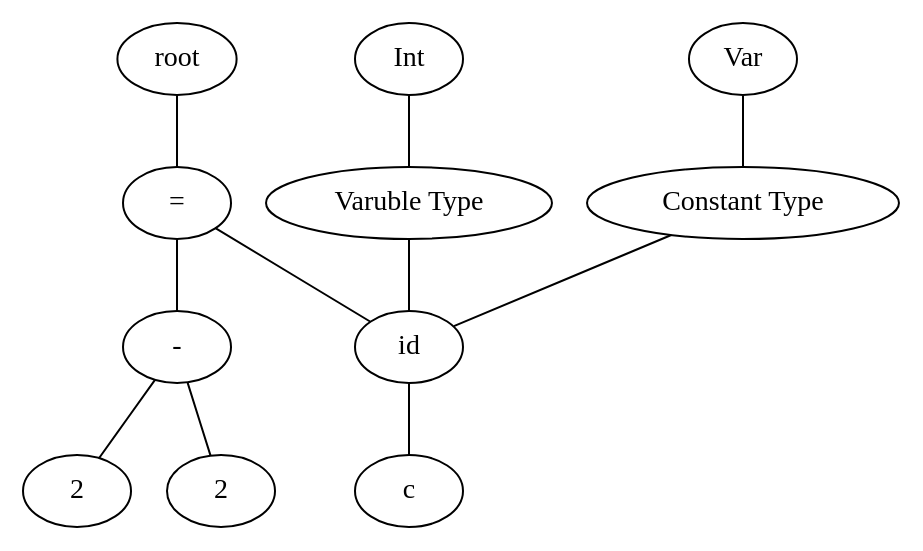
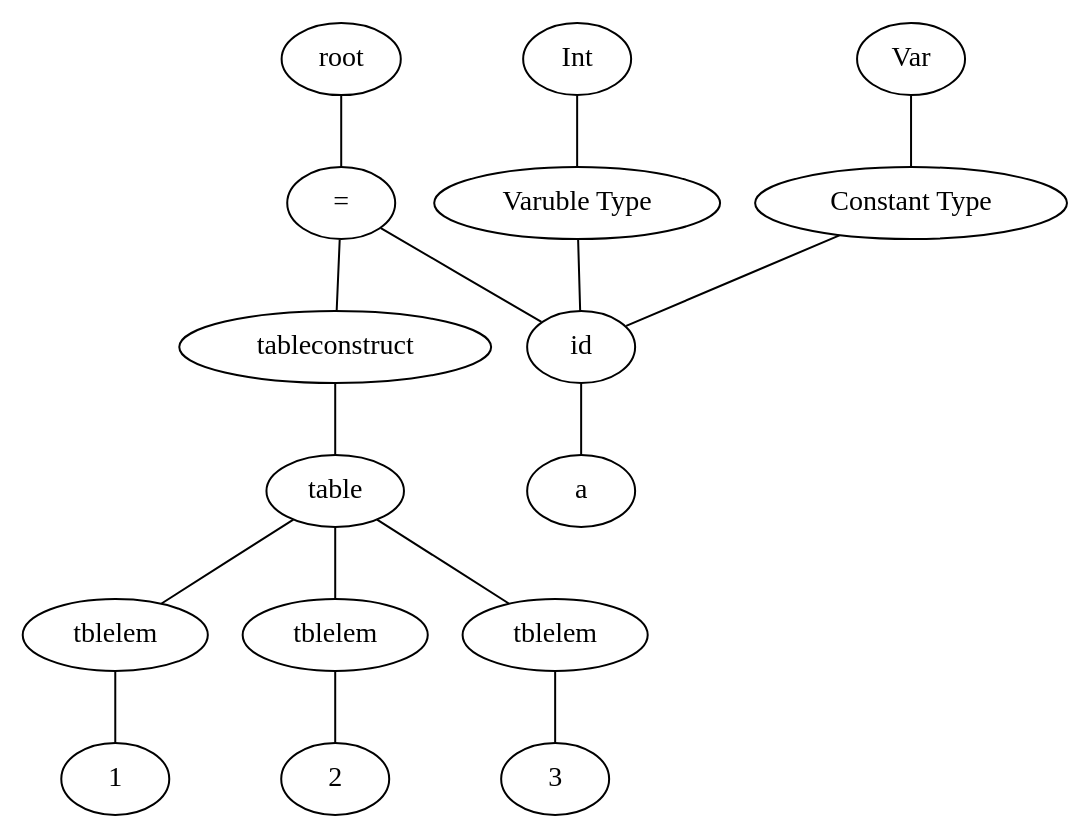
The diagram in build/file.dot (TAIIOK/SwiftCompilerToJavaByteCode), drawn with Graphviz before and after one commit. The commit also changed 12 other files, not shown here.

```diff
--- a/build/file.dot
+++ b/build/file.dot
@@ -1,23 +1,33 @@
 graph graphname {
 root;
 assign0[label = "="];
 root--assign0;
 expr0[label = "id"];
 assign0--expr0;
 type0[label = "Varuble Type"];
 type0--expr0;
 type1[label = "Int"];
 type1--type0;
 consttype0[label = "Constant Type"];
 consttype0--expr0;
 consttype1[label = "Var"];
 consttype1--consttype0;
-expr1[label = "c"];
+expr1[label = "a"];
 expr0--expr1;
-expr2[label = "-"];
+expr2[label = "tableconstruct"];
 assign0--expr2;
-expr3[label = "2"];
-expr2--expr3;
+table0[label = "table"];
+expr2--table0;
+table00[label = "tblelem"];
+table0--table00;
+expr3[label = "1"];
+table00--expr3;
+table01[label = "tblelem"];
+table0--table01;
 expr4[label = "2"];
-expr2--expr4;
+table01--expr4;
+table02[label = "tblelem"];
+table0--table02;
+expr5[label = "3"];
+table02--expr5;
 }
```
